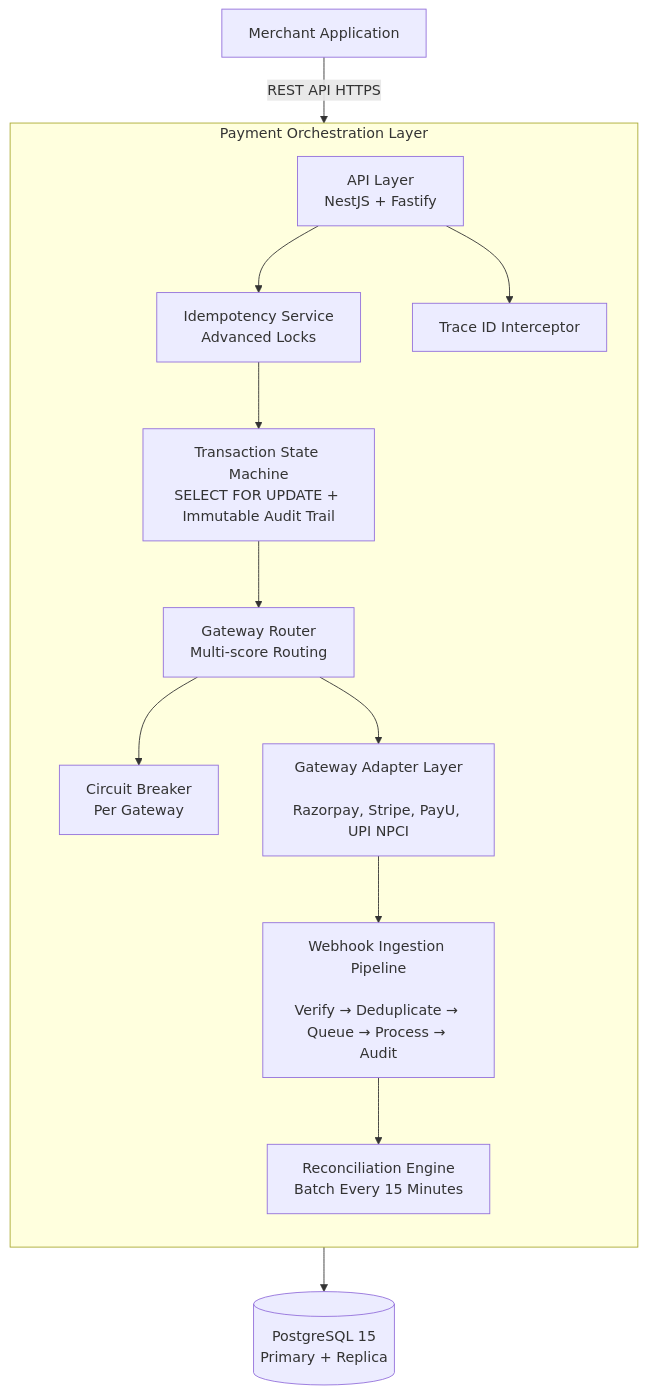
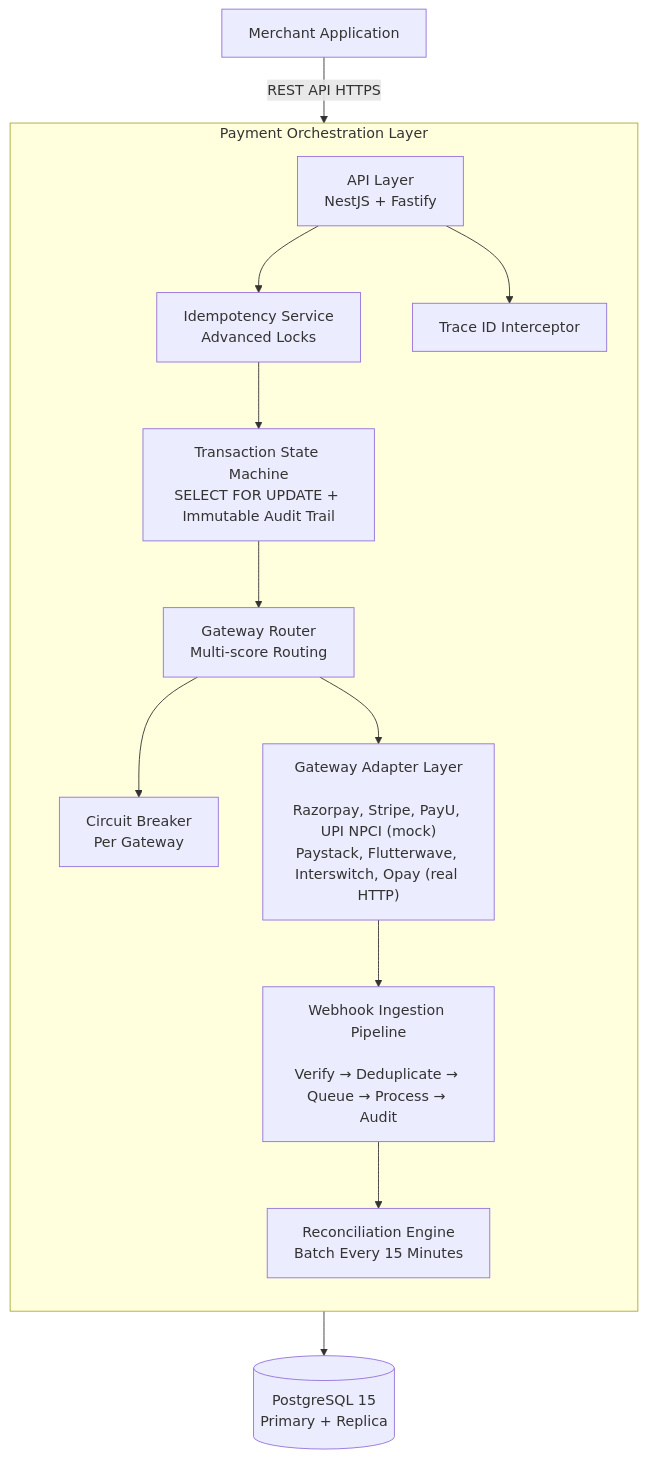
The diagram in docs/architecture.md (Ukashatu40/payment-orchestration-engine), drawn with Mermaid before and after one commit. The commit also changed other lines of this file and 5 other files, not shown here.

First line of the commit message:
docs: document the 4 new gateways and the real-HTTP adapter pattern

````diff
--- a/docs/architecture.md
+++ b/docs/architecture.md
@@ -32,35 +32,35 @@
 ```mermaid
 flowchart TD
 
     A[Merchant Application]
 
     A -->|REST API HTTPS| B
 
     subgraph B[Payment Orchestration Layer]
 
         direction TB
 
         C["API Layer<br/>NestJS + Fastify"]
         D["Idempotency Service<br/>Advanced Locks"]
         E["Trace ID Interceptor"]
 
         C --> D
         D --> F
         C --> E
 
         F["Transaction State Machine<br/>SELECT FOR UPDATE + Immutable Audit Trail"]
 
         F --> G["Gateway Router<br/>Multi-score Routing"]
 
         G --> H["Circuit Breaker<br/>Per Gateway"]
 
-        G --> I["Gateway Adapter Layer<br/><br/>Razorpay, Stripe, PayU, UPI NPCI"]
+        G --> I["Gateway Adapter Layer<br/><br/>Razorpay, Stripe, PayU, UPI NPCI (mock)<br/>Paystack, Flutterwave, Interswitch, Opay (real HTTP)"]
 
         I --> J["Webhook Ingestion Pipeline<br/><br/>Verify → Deduplicate → Queue → Process → Audit"]
 
         J --> K["Reconciliation Engine<br/>Batch Every 15 Minutes"]
 
     end
 
     B --> L[("PostgreSQL 15<br/>Primary + Replica")]
 ```
````
